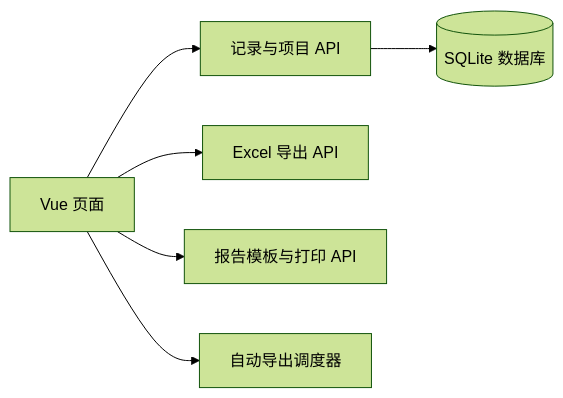
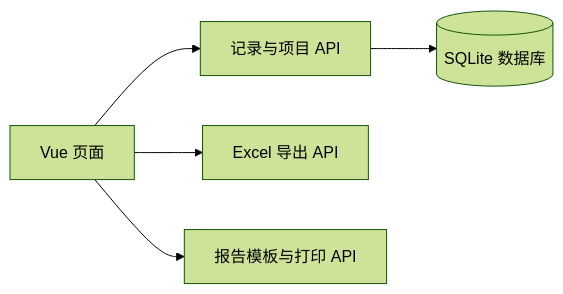
The first of 2 diagrams in docs/univer/architecture.md (omentwo/GeneLabLedger), drawn with Mermaid (forest theme) before and after one commit. The commit also changed other lines of this file and 51 other files, not shown here.

````diff
--- a/docs/univer/architecture.md
+++ b/docs/univer/architecture.md
@@ -5,8 +5,7 @@
 ```mermaid
 flowchart LR
   A[Vue 页面] --> B[记录与项目 API]
   B --> C[(SQLite 数据库)]
   A --> D[Excel 导出 API]
   A --> E[报告模板与打印 API]
-  A --> F[自动导出调度器]
 ```
````
